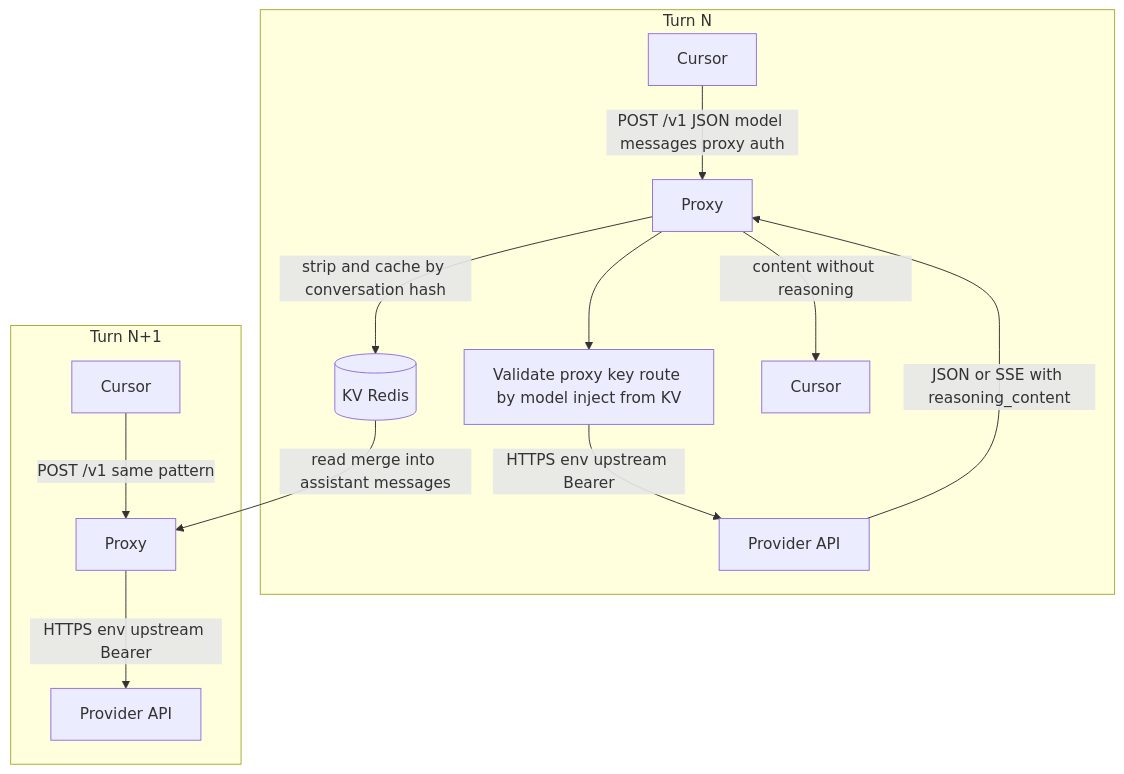
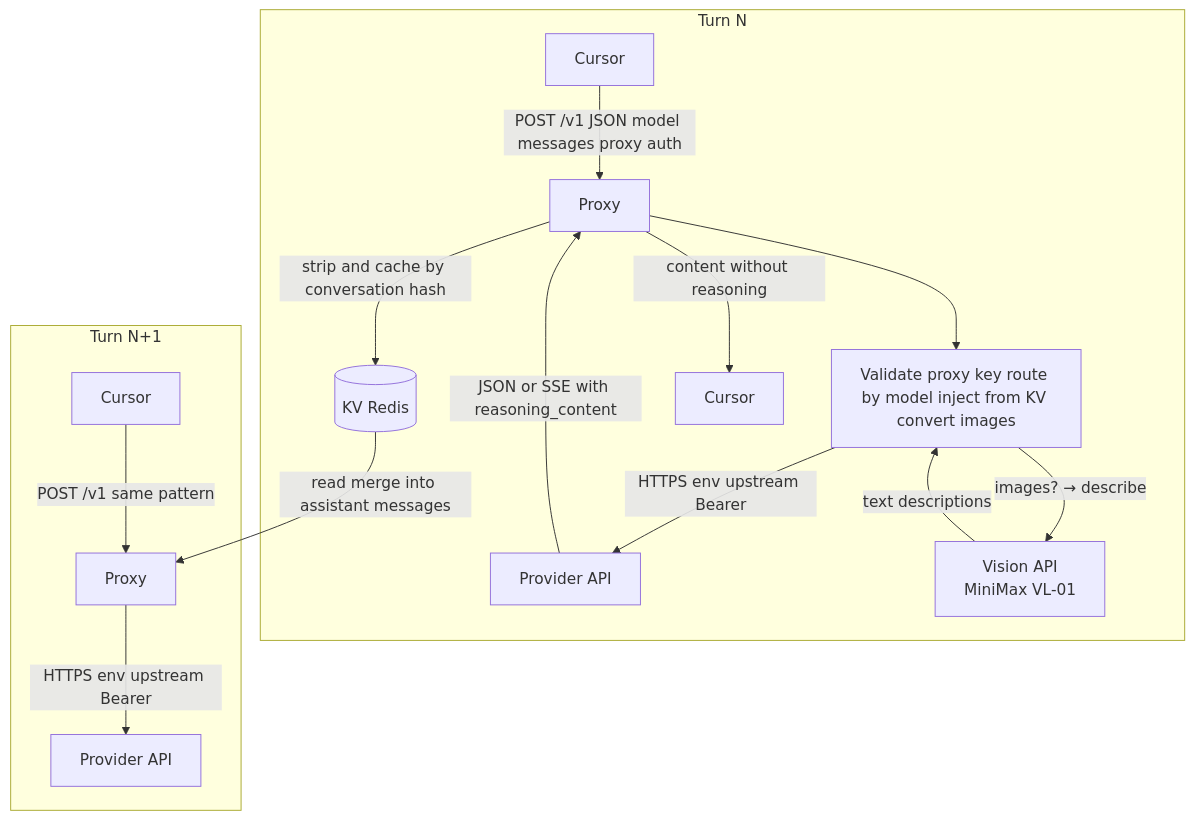
The first of 2 diagrams in README.md (lqdflying/cursorProxy), drawn with Mermaid before and after one commit. The commit also changed other lines of this file, not shown here.

First line of the commit message:
docs(README): add vision bridge documentation and setup requirements

````diff
--- a/README.md
+++ b/README.md
@@ -286,28 +337,31 @@
 ```mermaid
 flowchart TB
     subgraph turnN [Turn N]
         C1["Cursor"]
         Px["Proxy"]
-        Prep["Validate proxy key route by model inject from KV"]
+        Prep["Validate proxy key route by model inject from KV convert images"]
         Up["Provider API"]
         KV[("KV Redis")]
+        Vis["Vision API<br/>MiniMax VL-01"]
         C2["Cursor"]
     end
 
     C1 -->|"POST /v1 JSON model messages proxy auth"| Px
     Px --> Prep
+    Prep -->|"images? → describe"| Vis
+    Vis -->|"text descriptions"| Prep
     Prep -->|"HTTPS env upstream Bearer"| Up
     Up -->|"JSON or SSE with reasoning_content"| Px
     Px -->|"strip and cache by conversation hash"| KV
     Px -->|"content without reasoning"| C2
 
     subgraph turnN1 [Turn N+1]
         C3["Cursor"]
         Py["Proxy"]
         Up2["Provider API"]
     end
 
     C3 -->|"POST /v1 same pattern"| Py
     KV -->|"read merge into assistant messages"| Py
     Py -->|"HTTPS env upstream Bearer"| Up2
 ```
````
